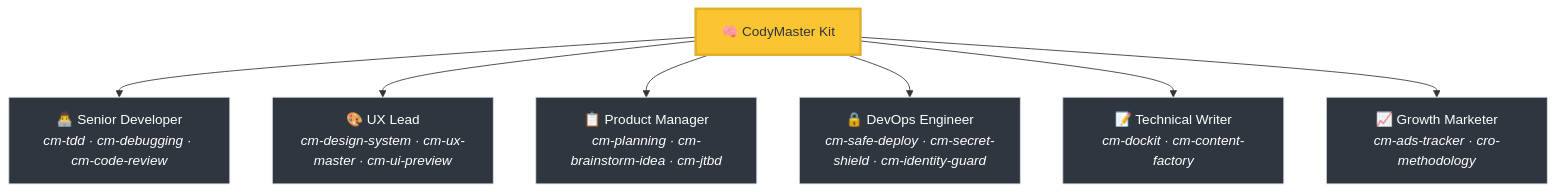
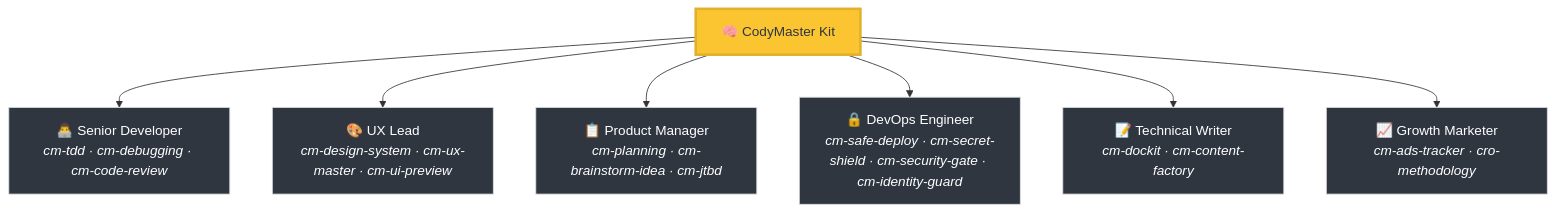
One commit to tody-agent/codymaster changed the first of 3 diagrams in README-vi.md. Above: the diagram before and after it, drawn with Mermaid. The commit also changed other lines of this file and 32 other files, not shown here.

````diff
--- a/README-vi.md
+++ b/README-vi.md
@@ -56,12 +56,12 @@
 ```mermaid
 graph TD
     A["🧠 CodyMaster Kit"] --> B["👨‍💻 Senior Developer<br/><i>cm-tdd · cm-debugging · cm-code-review</i>"]
     A --> C["🎨 UX Lead<br/><i>cm-design-system · cm-ux-master · cm-ui-preview</i>"]
     A --> D["📋 Product Manager<br/><i>cm-planning · cm-brainstorm-idea · cm-jtbd</i>"]
-    A --> E["🔒 DevOps Engineer<br/><i>cm-safe-deploy · cm-secret-shield · cm-identity-guard</i>"]
+    A --> E["🔒 DevOps Engineer<br/><i>cm-safe-deploy · cm-secret-shield · cm-security-gate · cm-identity-guard</i>"]
     A --> F["📝 Technical Writer<br/><i>cm-dockit · cm-content-factory</i>"]
     A --> G["📈 Growth Marketer<br/><i>cm-ads-tracker · cro-methodology</i>"]
     style A fill:#fbc531,stroke:#e1b12c,color:#2f3640,stroke-width:3px
     classDef team fill:#2f3640,stroke:#dcdde1,stroke-width:1px,color:#fff;
     class B,C,D,E,F,G team;
 ```
````
